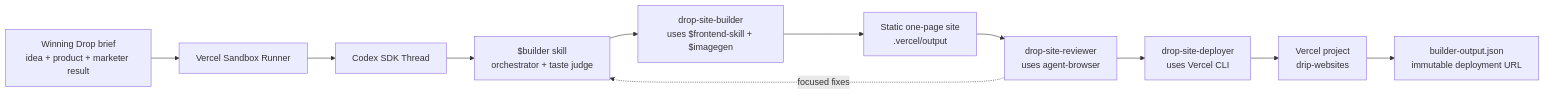
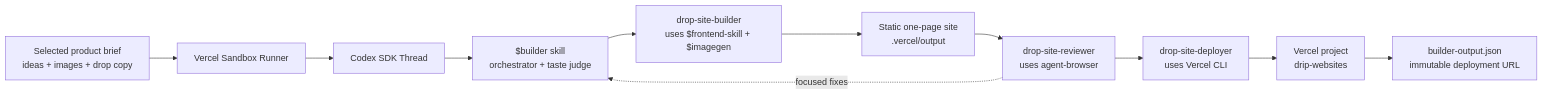
Before and after one commit to neilsanghrajka/drip: the diagram in docs/BUILDER.md, drawn with Mermaid. The commit also changed other lines of this file and 26 other files, not shown here.

````diff
--- a/docs/BUILDER.md
+++ b/docs/BUILDER.md
@@ -49,20 +49,20 @@
 ```mermaid
 flowchart LR
-  Input["Winning Drop brief<br/>idea + product + marketer result"]
+  Input["Selected product brief<br/>ideas + images + drop copy"]
   Runner["Vercel Sandbox Runner"]
   Codex["Codex SDK Thread"]
   Builder["$builder skill<br/>orchestrator + taste judge"]
   Site["drop-site-builder<br/>uses $frontend-skill + $imagegen"]
   Review["drop-site-reviewer<br/>uses agent-browser"]
   Deploy["drop-site-deployer<br/>uses Vercel CLI"]
   Static["Static one-page site<br/>.vercel/output"]
   Project["Vercel project<br/>drip-websites"]
   Output["builder-output.json<br/>immutable deployment URL"]
 
   Input --> Runner --> Codex --> Builder
   Builder --> Site --> Static
   Static --> Review
   Review -. focused fixes .-> Builder
   Review --> Deploy
   Deploy --> Project --> Output
 ```
````
